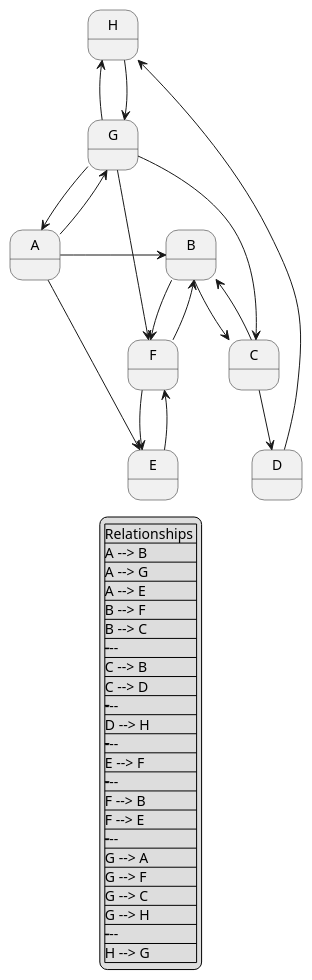
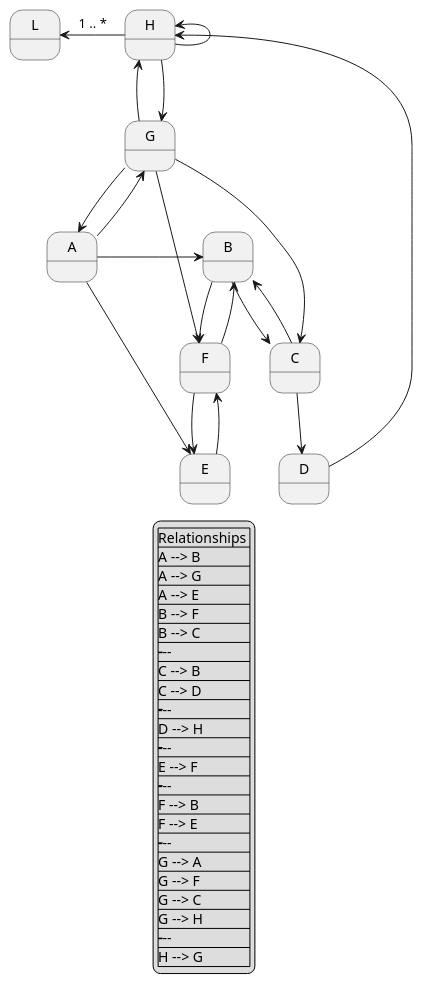
One commit to jorgwel/pojo-fill changed the diagram in docs/init.puml. Above: the diagram before and after it, drawn with PlantUML. The commit also changed 11 other files, not shown here.

```diff
--- a/docs/init.puml
+++ b/docs/init.puml
@@ -1,64 +1,67 @@
 @startuml
 
 
 	state A
 	state B
 	state C
 	state D
 	state E
 	state F
 	state G
 	state H
+	state L
 
 	A -right-> B
 	A -down-> G
 	A -down-> E
 
 	B -right-> F
 	B -down-> C
 	
 	C --> B
 	C -down-> D
 	
 	D -down-> H
 
 	E --> F
 
 
 	F --> B
 	F --> E
 
 	G --> A
 	G --> F
 	G -right-> C
 	G -left-> H
 
 	H --> G
+	H -up-> H
 
+	H -left-> L : 1 .. *
 
  legend
  |Relationships |
 |A --> B|
 |A --> G|
 |A --> E|
 |B --> F|
 |B --> C|
 |-------|
 |C --> B|
 |C --> D|
 |-------|
 |D --> H|
 |-------|
 |E --> F|
 |-------|
 |F --> B|
 |F --> E|
 |-------|
 |G --> A|
 |G --> F|
 |G --> C|
 |G --> H|
 |-------|
 |H --> G|
  endlegend	
 @enduml
```
